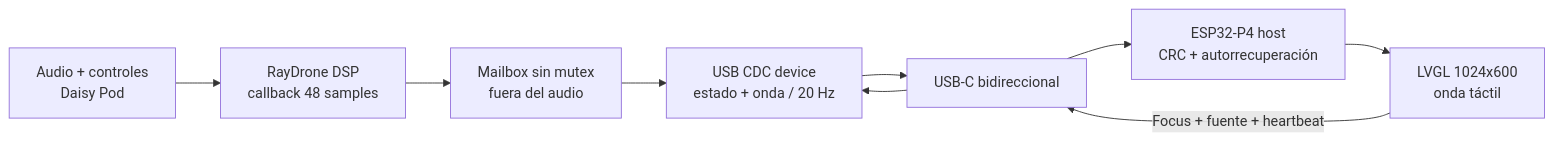
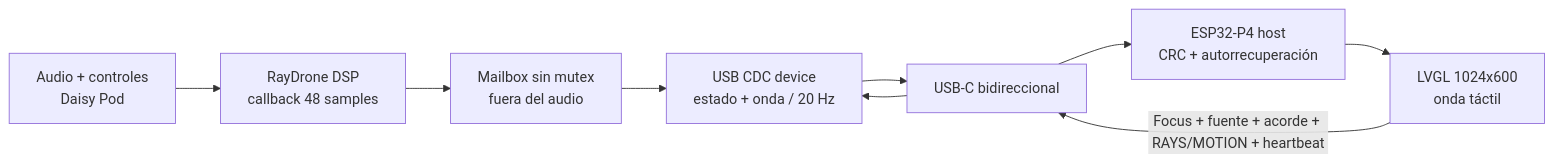
Before and after one commit to cescofors75/RedMaster-ESP32S3: the diagram in P4SlaveDaisy/README.md, drawn with Mermaid. The commit also changed other lines of this file and 6 other files, not shown here.

````diff
--- a/P4SlaveDaisy/README.md
+++ b/P4SlaveDaisy/README.md
@@ -26,11 +27,11 @@
 ```mermaid
 flowchart LR
     A["Audio + controles\nDaisy Pod"] --> B["RayDrone DSP\ncallback 48 samples"]
     B --> C["Mailbox sin mutex\nfuera del audio"]
     C --> D["USB CDC device\nestado + onda / 20 Hz"]
     D --> E["USB-C bidireccional"]
     E --> F["ESP32-P4 host\nCRC + autorrecuperación"]
     F --> G["LVGL 1024x600\nonda táctil"]
-    G -->|"Focus + fuente + heartbeat"| E
+    G -->|"Focus + fuente + acorde + RAYS/MOTION + heartbeat"| E
     E --> D
 ```
````
